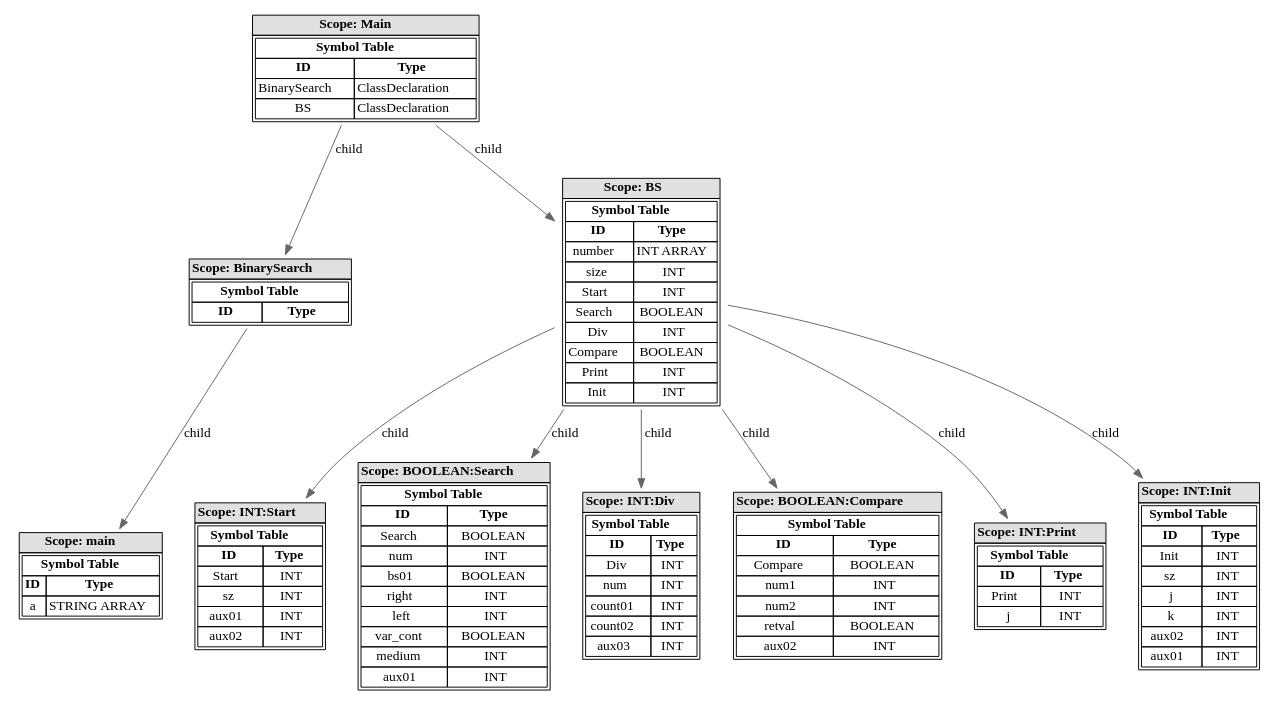
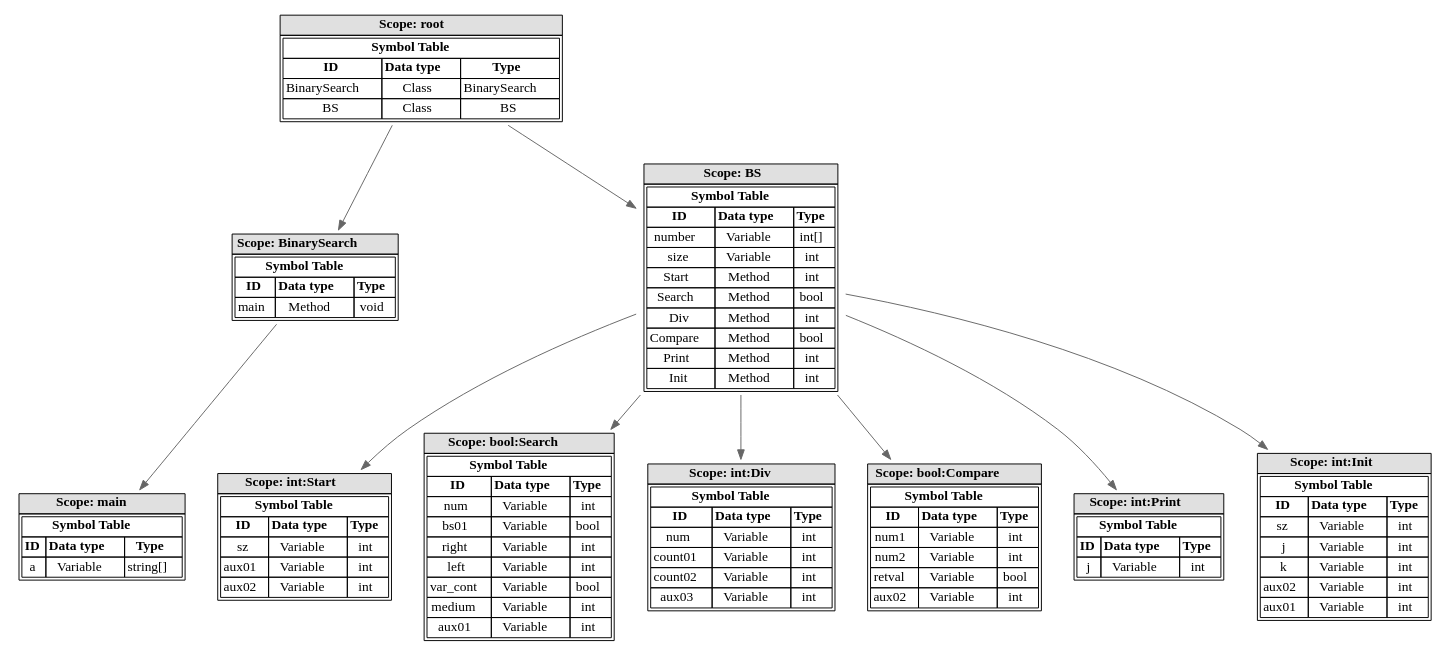
Before and after one commit to LajnaLegenden/BTH: the diagram in DV1656/assignment2/symbol_table.dot, drawn with Graphviz. The commit also changed 20 other files, not shown here.

```diff
--- a/DV1656/assignment2/symbol_table.dot
+++ b/DV1656/assignment2/symbol_table.dot
@@ -1,166 +1,197 @@
 digraph SymbolTable {
   node [shape=none];
   edge [color="#666666"];
   rankdir=TB;
 
-  scope_140724773767360 [label=<
+  scope_140725719652480 [label=<
     <table border='0' cellborder='1' cellspacing='0'>
-      <tr><td bgcolor="#E0E0E0"><b>Scope: Main</b></td></tr>
+      <tr><td bgcolor="#E0E0E0"><b>Scope: root</b></td></tr>
       <tr><td>
 <table border='0' cellborder='1' cellspacing='0'>
-  <tr><td colspan='2'><b>Symbol Table</b></td></tr>
-  <tr><td><b>ID</b></td><td><b>Type</b></td></tr>
-  <tr><td>BinarySearch</td><td>ClassDeclaration</td></tr>
-  <tr><td>BS</td><td>ClassDeclaration</td></tr>
+  <tr><td colspan='3'><b>Symbol Table</b></td></tr>
+  <tr><td><b>ID</b></td><td><b>Data type</b></td><td><b>Type</b></td></tr>
+  <tr><td>BinarySearch</td>  <td>Class</td>
+<td>BinarySearch</td></tr>
+  <tr><td>BS</td>  <td>Class</td>
+<td>BS</td></tr>
 </table>      </td></tr>
     </table>
   >];
 
-  scope_503347360 [label=<
+  scope_127239968 [label=<
     <table border='0' cellborder='1' cellspacing='0'>
       <tr><td bgcolor="#E0E0E0"><b>Scope: BinarySearch</b></td></tr>
       <tr><td>
 <table border='0' cellborder='1' cellspacing='0'>
-  <tr><td colspan='2'><b>Symbol Table</b></td></tr>
-  <tr><td><b>ID</b></td><td><b>Type</b></td></tr>
+  <tr><td colspan='3'><b>Symbol Table</b></td></tr>
+  <tr><td><b>ID</b></td><td><b>Data type</b></td><td><b>Type</b></td></tr>
+  <tr><td>main</td>  <td>Method</td>
+<td>void</td></tr>
 </table>      </td></tr>
     </table>
   >];
 
-  scope_140724773767360 -> scope_503347360 [label="child"];
-  scope_503347632 [label=<
+  scope_140725719652480 -> scope_127239968;
+  scope_127240528 [label=<
     <table border='0' cellborder='1' cellspacing='0'>
       <tr><td bgcolor="#E0E0E0"><b>Scope: BS</b></td></tr>
       <tr><td>
 <table border='0' cellborder='1' cellspacing='0'>
-  <tr><td colspan='2'><b>Symbol Table</b></td></tr>
-  <tr><td><b>ID</b></td><td><b>Type</b></td></tr>
-  <tr><td>number</td><td>INT ARRAY</td></tr>
-  <tr><td>size</td><td>INT</td></tr>
-  <tr><td>Start</td><td>INT</td></tr>
-  <tr><td>Search</td><td>BOOLEAN</td></tr>
-  <tr><td>Div</td><td>INT</td></tr>
-  <tr><td>Compare</td><td>BOOLEAN</td></tr>
-  <tr><td>Print</td><td>INT</td></tr>
-  <tr><td>Init</td><td>INT</td></tr>
+  <tr><td colspan='3'><b>Symbol Table</b></td></tr>
+  <tr><td><b>ID</b></td><td><b>Data type</b></td><td><b>Type</b></td></tr>
+  <tr><td>number</td>  <td>Variable</td>
+<td>int[]</td></tr>
+  <tr><td>size</td>  <td>Variable</td>
+<td>int</td></tr>
+  <tr><td>Start</td>  <td>Method</td>
+<td>int</td></tr>
+  <tr><td>Search</td>  <td>Method</td>
+<td>bool</td></tr>
+  <tr><td>Div</td>  <td>Method</td>
+<td>int</td></tr>
+  <tr><td>Compare</td>  <td>Method</td>
+<td>bool</td></tr>
+  <tr><td>Print</td>  <td>Method</td>
+<td>int</td></tr>
+  <tr><td>Init</td>  <td>Method</td>
+<td>int</td></tr>
 </table>      </td></tr>
     </table>
   >];
 
-  scope_140724773767360 -> scope_503347632 [label="child"];
-  scope_503347456 [label=<
+  scope_140725719652480 -> scope_127240528;
+  scope_127240192 [label=<
     <table border='0' cellborder='1' cellspacing='0'>
       <tr><td bgcolor="#E0E0E0"><b>Scope: main</b></td></tr>
       <tr><td>
 <table border='0' cellborder='1' cellspacing='0'>
-  <tr><td colspan='2'><b>Symbol Table</b></td></tr>
-  <tr><td><b>ID</b></td><td><b>Type</b></td></tr>
-  <tr><td>a</td><td>STRING ARRAY</td></tr>
+  <tr><td colspan='3'><b>Symbol Table</b></td></tr>
+  <tr><td><b>ID</b></td><td><b>Data type</b></td><td><b>Type</b></td></tr>
+  <tr><td>a</td>  <td>Variable</td>
+<td>string[]</td></tr>
 </table>      </td></tr>
     </table>
   >];
 
-  scope_503347360 -> scope_503347456 [label="child"];
-  scope_503347872 [label=<
+  scope_127239968 -> scope_127240192;
+  scope_127240080 [label=<
     <table border='0' cellborder='1' cellspacing='0'>
-      <tr><td bgcolor="#E0E0E0"><b>Scope: INT:Start</b></td></tr>
+      <tr><td bgcolor="#E0E0E0"><b>Scope: int:Start</b></td></tr>
       <tr><td>
 <table border='0' cellborder='1' cellspacing='0'>
-  <tr><td colspan='2'><b>Symbol Table</b></td></tr>
-  <tr><td><b>ID</b></td><td><b>Type</b></td></tr>
-  <tr><td>Start</td><td>INT</td></tr>
-  <tr><td>sz</td><td>INT</td></tr>
-  <tr><td>aux01</td><td>INT</td></tr>
-  <tr><td>aux02</td><td>INT</td></tr>
+  <tr><td colspan='3'><b>Symbol Table</b></td></tr>
+  <tr><td><b>ID</b></td><td><b>Data type</b></td><td><b>Type</b></td></tr>
+  <tr><td>sz</td>  <td>Variable</td>
+<td>int</td></tr>
+  <tr><td>aux01</td>  <td>Variable</td>
+<td>int</td></tr>
+  <tr><td>aux02</td>  <td>Variable</td>
+<td>int</td></tr>
 </table>      </td></tr>
     </table>
   >];
 
-  scope_503347632 -> scope_503347872 [label="child"];
-  scope_503348320 [label=<
+  scope_127240528 -> scope_127240080;
+  scope_127241504 [label=<
     <table border='0' cellborder='1' cellspacing='0'>
-      <tr><td bgcolor="#E0E0E0"><b>Scope: BOOLEAN:Search</b></td></tr>
+      <tr><td bgcolor="#E0E0E0"><b>Scope: bool:Search</b></td></tr>
       <tr><td>
 <table border='0' cellborder='1' cellspacing='0'>
-  <tr><td colspan='2'><b>Symbol Table</b></td></tr>
-  <tr><td><b>ID</b></td><td><b>Type</b></td></tr>
-  <tr><td>Search</td><td>BOOLEAN</td></tr>
-  <tr><td>num</td><td>INT</td></tr>
-  <tr><td>bs01</td><td>BOOLEAN</td></tr>
-  <tr><td>right</td><td>INT</td></tr>
-  <tr><td>left</td><td>INT</td></tr>
-  <tr><td>var_cont</td><td>BOOLEAN</td></tr>
-  <tr><td>medium</td><td>INT</td></tr>
-  <tr><td>aux01</td><td>INT</td></tr>
+  <tr><td colspan='3'><b>Symbol Table</b></td></tr>
+  <tr><td><b>ID</b></td><td><b>Data type</b></td><td><b>Type</b></td></tr>
+  <tr><td>num</td>  <td>Variable</td>
+<td>int</td></tr>
+  <tr><td>bs01</td>  <td>Variable</td>
+<td>bool</td></tr>
+  <tr><td>right</td>  <td>Variable</td>
+<td>int</td></tr>
+  <tr><td>left</td>  <td>Variable</td>
+<td>int</td></tr>
+  <tr><td>var_cont</td>  <td>Variable</td>
+<td>bool</td></tr>
+  <tr><td>medium</td>  <td>Variable</td>
+<td>int</td></tr>
+  <tr><td>aux01</td>  <td>Variable</td>
+<td>int</td></tr>
 </table>      </td></tr>
     </table>
   >];
 
-  scope_503347632 -> scope_503348320 [label="child"];
-  scope_503348720 [label=<
+  scope_127240528 -> scope_127241504;
+  scope_127242016 [label=<
     <table border='0' cellborder='1' cellspacing='0'>
-      <tr><td bgcolor="#E0E0E0"><b>Scope: INT:Div</b></td></tr>
+      <tr><td bgcolor="#E0E0E0"><b>Scope: int:Div</b></td></tr>
       <tr><td>
 <table border='0' cellborder='1' cellspacing='0'>
-  <tr><td colspan='2'><b>Symbol Table</b></td></tr>
-  <tr><td><b>ID</b></td><td><b>Type</b></td></tr>
-  <tr><td>Div</td><td>INT</td></tr>
-  <tr><td>num</td><td>INT</td></tr>
-  <tr><td>count01</td><td>INT</td></tr>
-  <tr><td>count02</td><td>INT</td></tr>
-  <tr><td>aux03</td><td>INT</td></tr>
+  <tr><td colspan='3'><b>Symbol Table</b></td></tr>
+  <tr><td><b>ID</b></td><td><b>Data type</b></td><td><b>Type</b></td></tr>
+  <tr><td>num</td>  <td>Variable</td>
+<td>int</td></tr>
+  <tr><td>count01</td>  <td>Variable</td>
+<td>int</td></tr>
+  <tr><td>count02</td>  <td>Variable</td>
+<td>int</td></tr>
+  <tr><td>aux03</td>  <td>Variable</td>
+<td>int</td></tr>
 </table>      </td></tr>
     </table>
   >];
 
-  scope_503347632 -> scope_503348720 [label="child"];
-  scope_503349920 [label=<
+  scope_127240528 -> scope_127242016;
+  scope_127244144 [label=<
     <table border='0' cellborder='1' cellspacing='0'>
-      <tr><td bgcolor="#E0E0E0"><b>Scope: BOOLEAN:Compare</b></td></tr>
+      <tr><td bgcolor="#E0E0E0"><b>Scope: bool:Compare</b></td></tr>
       <tr><td>
 <table border='0' cellborder='1' cellspacing='0'>
-  <tr><td colspan='2'><b>Symbol Table</b></td></tr>
-  <tr><td><b>ID</b></td><td><b>Type</b></td></tr>
-  <tr><td>Compare</td><td>BOOLEAN</td></tr>
-  <tr><td>num1</td><td>INT</td></tr>
-  <tr><td>num2</td><td>INT</td></tr>
-  <tr><td>retval</td><td>BOOLEAN</td></tr>
-  <tr><td>aux02</td><td>INT</td></tr>
+  <tr><td colspan='3'><b>Symbol Table</b></td></tr>
+  <tr><td><b>ID</b></td><td><b>Data type</b></td><td><b>Type</b></td></tr>
+  <tr><td>num1</td>  <td>Variable</td>
+<td>int</td></tr>
+  <tr><td>num2</td>  <td>Variable</td>
+<td>int</td></tr>
+  <tr><td>retval</td>  <td>Variable</td>
+<td>bool</td></tr>
+  <tr><td>aux02</td>  <td>Variable</td>
+<td>int</td></tr>
 </table>      </td></tr>
     </table>
   >];
 
-  scope_503347632 -> scope_503349920 [label="child"];
-  scope_503350544 [label=<
+  scope_127240528 -> scope_127244144;
+  scope_127244256 [label=<
     <table border='0' cellborder='1' cellspacing='0'>
-      <tr><td bgcolor="#E0E0E0"><b>Scope: INT:Print</b></td></tr>
+      <tr><td bgcolor="#E0E0E0"><b>Scope: int:Print</b></td></tr>
       <tr><td>
 <table border='0' cellborder='1' cellspacing='0'>
-  <tr><td colspan='2'><b>Symbol Table</b></td></tr>
-  <tr><td><b>ID</b></td><td><b>Type</b></td></tr>
-  <tr><td>Print</td><td>INT</td></tr>
-  <tr><td>j</td><td>INT</td></tr>
+  <tr><td colspan='3'><b>Symbol Table</b></td></tr>
+  <tr><td><b>ID</b></td><td><b>Data type</b></td><td><b>Type</b></td></tr>
+  <tr><td>j</td>  <td>Variable</td>
+<td>int</td></tr>
 </table>      </td></tr>
     </table>
   >];
 
-  scope_503347632 -> scope_503350544 [label="child"];
-  scope_503350720 [label=<
+  scope_127240528 -> scope_127244256;
+  scope_127244560 [label=<
     <table border='0' cellborder='1' cellspacing='0'>
-      <tr><td bgcolor="#E0E0E0"><b>Scope: INT:Init</b></td></tr>
+      <tr><td bgcolor="#E0E0E0"><b>Scope: int:Init</b></td></tr>
       <tr><td>
 <table border='0' cellborder='1' cellspacing='0'>
-  <tr><td colspan='2'><b>Symbol Table</b></td></tr>
-  <tr><td><b>ID</b></td><td><b>Type</b></td></tr>
-  <tr><td>Init</td><td>INT</td></tr>
-  <tr><td>sz</td><td>INT</td></tr>
-  <tr><td>j</td><td>INT</td></tr>
-  <tr><td>k</td><td>INT</td></tr>
-  <tr><td>aux02</td><td>INT</td></tr>
-  <tr><td>aux01</td><td>INT</td></tr>
+  <tr><td colspan='3'><b>Symbol Table</b></td></tr>
+  <tr><td><b>ID</b></td><td><b>Data type</b></td><td><b>Type</b></td></tr>
+  <tr><td>sz</td>  <td>Variable</td>
+<td>int</td></tr>
+  <tr><td>j</td>  <td>Variable</td>
+<td>int</td></tr>
+  <tr><td>k</td>  <td>Variable</td>
+<td>int</td></tr>
+  <tr><td>aux02</td>  <td>Variable</td>
+<td>int</td></tr>
+  <tr><td>aux01</td>  <td>Variable</td>
+<td>int</td></tr>
 </table>      </td></tr>
     </table>
   >];
 
-  scope_503347632 -> scope_503350720 [label="child"];
+  scope_127240528 -> scope_127244560;
 }
```
